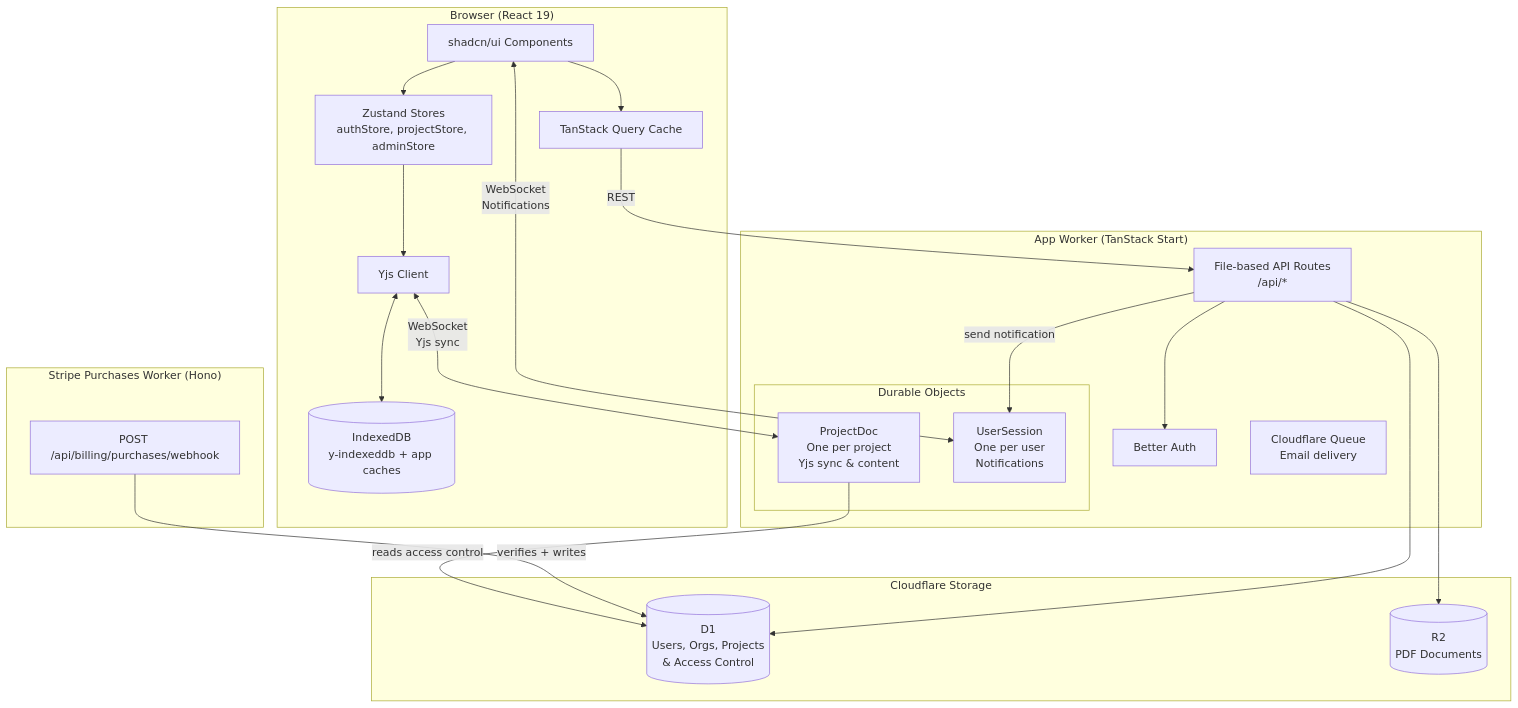
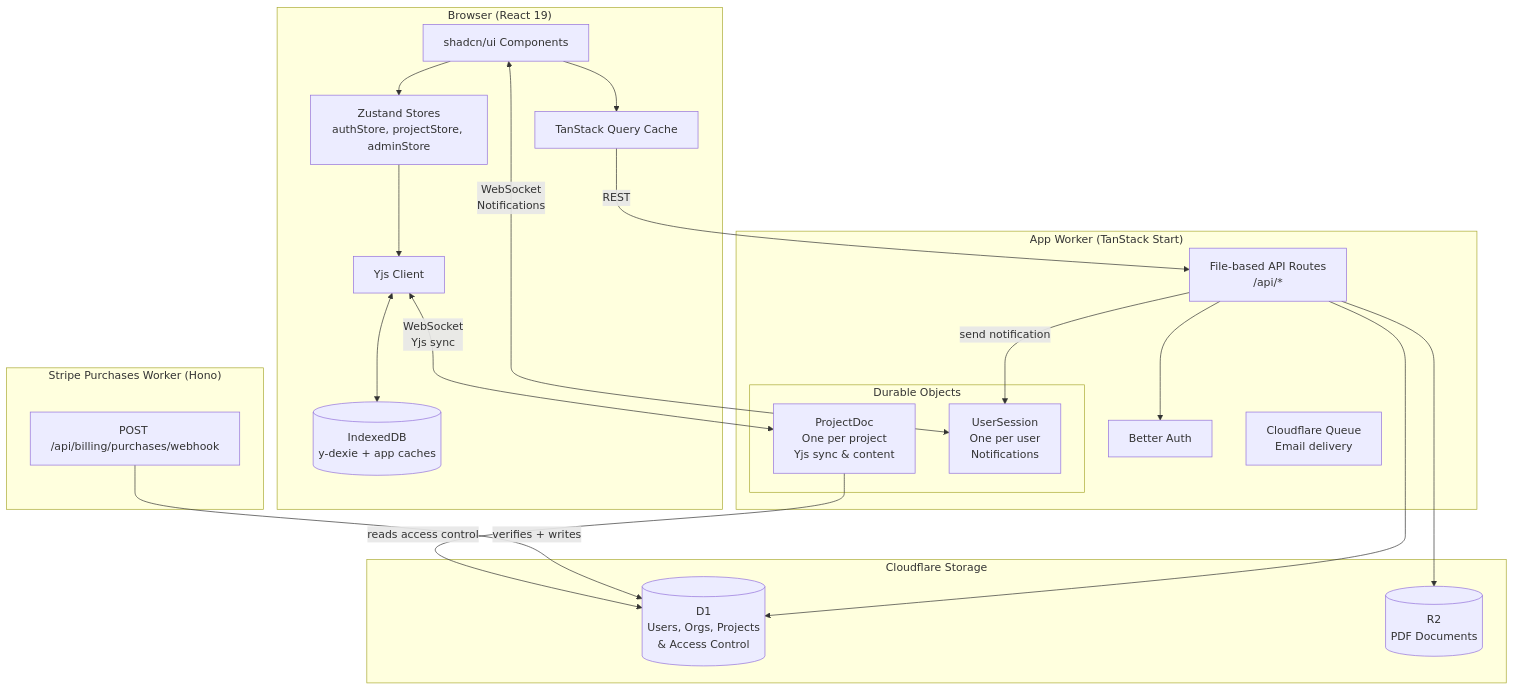
One commit to InfinityBowman/corates changed the diagram in packages/docs/architecture/diagrams/02-system-architecture.md. Above: the diagram before and after it, drawn with Mermaid. The commit also changed other lines of this file and 8 other files, not shown here.

````diff
--- a/packages/docs/architecture/diagrams/02-system-architecture.md
+++ b/packages/docs/architecture/diagrams/02-system-architecture.md
@@ -5,44 +5,44 @@
 ```mermaid
 flowchart TB
     subgraph Client["Browser (React 19)"]
         UI[shadcn/ui Components]
         Stores[Zustand Stores<br/>authStore, projectStore, adminStore]
         Query[TanStack Query Cache]
         YjsClient[Yjs Client]
-        IDB[(IndexedDB<br/>y-indexeddb + app caches)]
+        IDB[(IndexedDB<br/>y-dexie + app caches)]
     end
 
     subgraph MainWorker["App Worker (TanStack Start)"]
         Routes[File-based API Routes<br/>/api/*]
         Auth[Better Auth]
 
         subgraph DurableObjects["Durable Objects"]
             ProjectDoc[ProjectDoc<br/>One per project<br/>Yjs sync & content]
             UserSession[UserSession<br/>One per user<br/>Notifications]
         end
         EmailQueue[Cloudflare Queue<br/>Email delivery]
     end
 
     subgraph StripeWorker["Stripe Purchases Worker (Hono)"]
         StripeWebhook[POST /api/billing/purchases/webhook]
     end
 
     subgraph Storage["Cloudflare Storage"]
         D1[(D1<br/>Users, Orgs, Projects<br/>& Access Control)]
         R2[(R2<br/>PDF Documents)]
     end
 
     UI --> Stores
     UI --> Query
     Stores --> YjsClient
     YjsClient <-->|"WebSocket<br/>Yjs sync"| ProjectDoc
     YjsClient <--> IDB
     UI <-->|"WebSocket<br/>Notifications"| UserSession
     Query -->|"REST"| Routes
     Routes --> Auth
     Routes --> D1
     Routes --> R2
     Routes -->|"send notification"| UserSession
     StripeWebhook -->|"verifies + writes"| D1
     ProjectDoc -->|"reads access control"| D1
 ```
````
